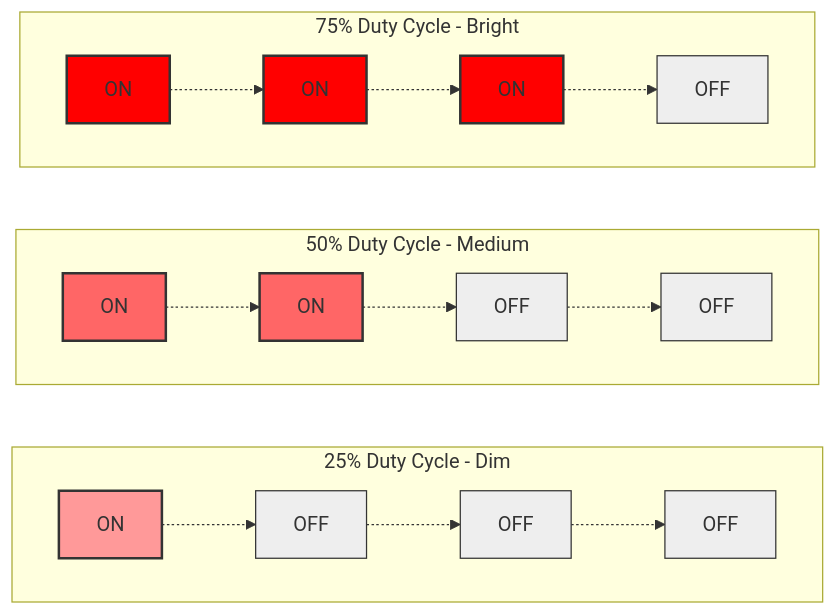
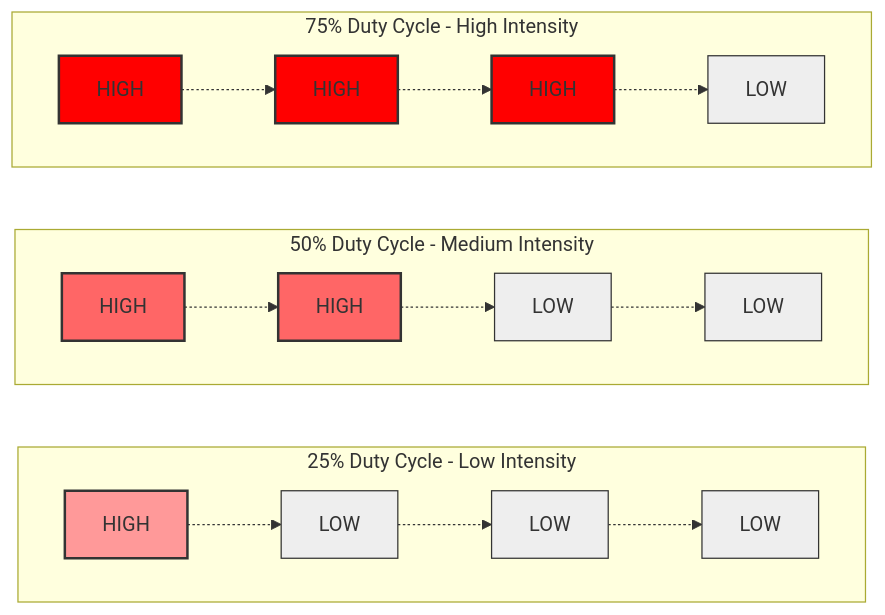
The eighth of 9 diagrams in src/content/docs/posts/intro-to-hardware/index.md (jithurx/learn), drawn with Mermaid before and after one commit. The commit also changed other lines of this file, not shown here.

````diff
--- a/src/content/docs/posts/intro-to-hardware/index.md
+++ b/src/content/docs/posts/intro-to-hardware/index.md
@@ -396,27 +387,27 @@
 ```mermaid
 flowchart LR
-    subgraph D25 [25% Duty Cycle - Dim]
+    subgraph D25 [25% Duty Cycle - Low Intensity]
         direction LR
-        D25_1[ON] -.-> D25_2[OFF] -.-> D25_3[OFF] -.-> D25_4[OFF]
+        D25_1[HIGH] -.-> D25_2[LOW] -.-> D25_3[LOW] -.-> D25_4[LOW]
         style D25_1 fill:#ff9999,stroke:#333,stroke-width:2px
         style D25_2 fill:#eee,stroke:#333
         style D25_3 fill:#eee,stroke:#333
         style D25_4 fill:#eee,stroke:#333
     end
-    subgraph D50 [50% Duty Cycle - Medium]
+    subgraph D50 [50% Duty Cycle - Medium Intensity]
         direction LR
-        D50_1[ON] -.-> D50_2[ON] -.-> D50_3[OFF] -.-> D50_4[OFF]
+        D50_1[HIGH] -.-> D50_2[HIGH] -.-> D50_3[LOW] -.-> D50_4[LOW]
         style D50_1 fill:#ff6666,stroke:#333,stroke-width:2px
         style D50_2 fill:#ff6666,stroke:#333,stroke-width:2px
         style D50_3 fill:#eee,stroke:#333
         style D50_4 fill:#eee,stroke:#333
     end
-    subgraph D75 [75% Duty Cycle - Bright]
+    subgraph D75 [75% Duty Cycle - High Intensity]
         direction LR
-        D75_1[ON] -.-> D75_2[ON] -.-> D75_3[ON] -.-> D75_4[OFF]
+        D75_1[HIGH] -.-> D75_2[HIGH] -.-> D75_3[HIGH] -.-> D75_4[LOW]
         style D75_1 fill:#ff0000,stroke:#333,stroke-width:2px
         style D75_2 fill:#ff0000,stroke:#333,stroke-width:2px
         style D75_3 fill:#ff0000,stroke:#333,stroke-width:2px
         style D75_4 fill:#eee,stroke:#333
     end
 ```
````
